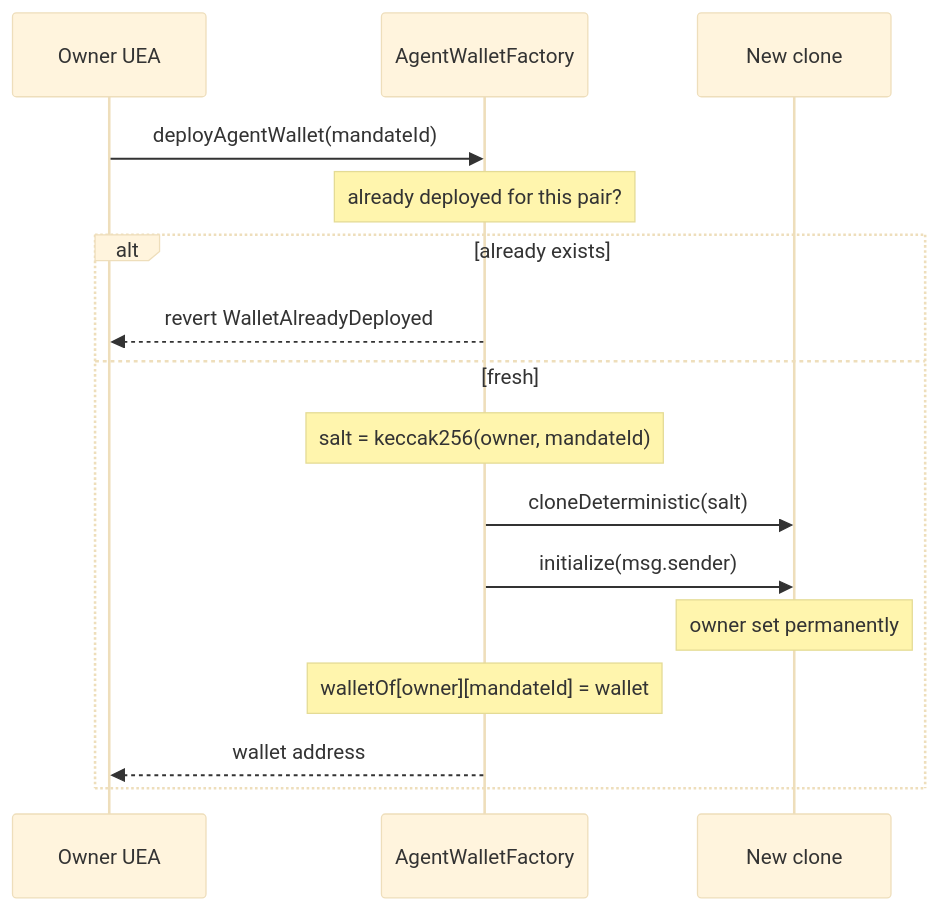
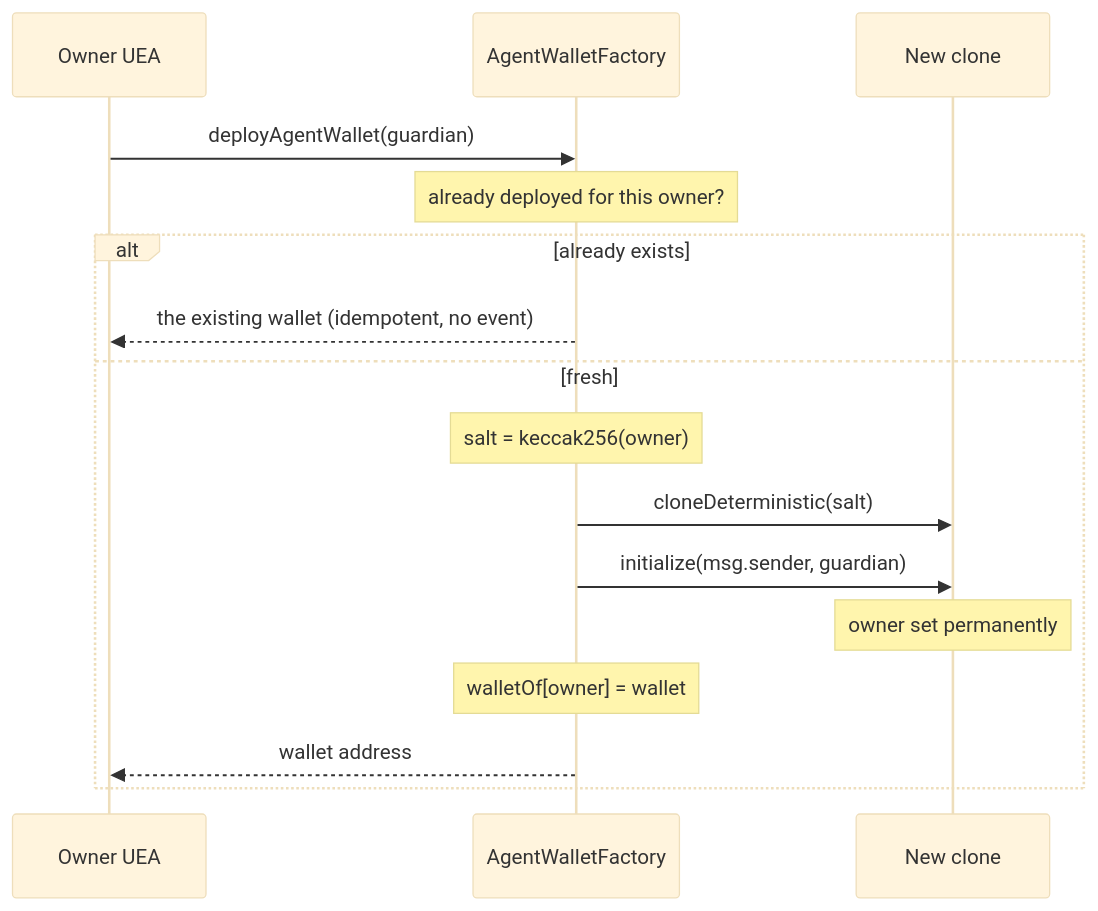
The third of 4 diagrams in docs/factory.md (HusseinAdeiza/push-agentic-wallets), drawn with Mermaid (base theme) before and after one commit. The commit also changed other lines of this file and 31 other files, not shown here.

First line of the commit message:
Implement architecture v2: one wallet per user

````diff
--- a/docs/factory.md
+++ b/docs/factory.md
@@ -87,20 +95,20 @@
 ```mermaid
 sequenceDiagram
     participant U as Owner UEA
     participant F as AgentWalletFactory
     participant W as New clone
 
-    U->>F: deployAgentWallet(mandateId)
+    U->>F: deployAgentWallet(guardian)
 
-    Note over F: already deployed for this pair?
+    Note over F: already deployed for this owner?
     alt already exists
-        F-->>U: revert WalletAlreadyDeployed
+        F-->>U: the existing wallet (idempotent, no event)
     else fresh
-        Note over F: salt = keccak256(owner, mandateId)
+        Note over F: salt = keccak256(owner)
         F->>W: cloneDeterministic(salt)
-        F->>W: initialize(msg.sender)
+        F->>W: initialize(msg.sender, guardian)
         Note over W: owner set permanently
-        Note over F: walletOf[owner][mandateId] = wallet
+        Note over F: walletOf[owner] = wallet
         F-->>U: wallet address
     end
 ```
````
